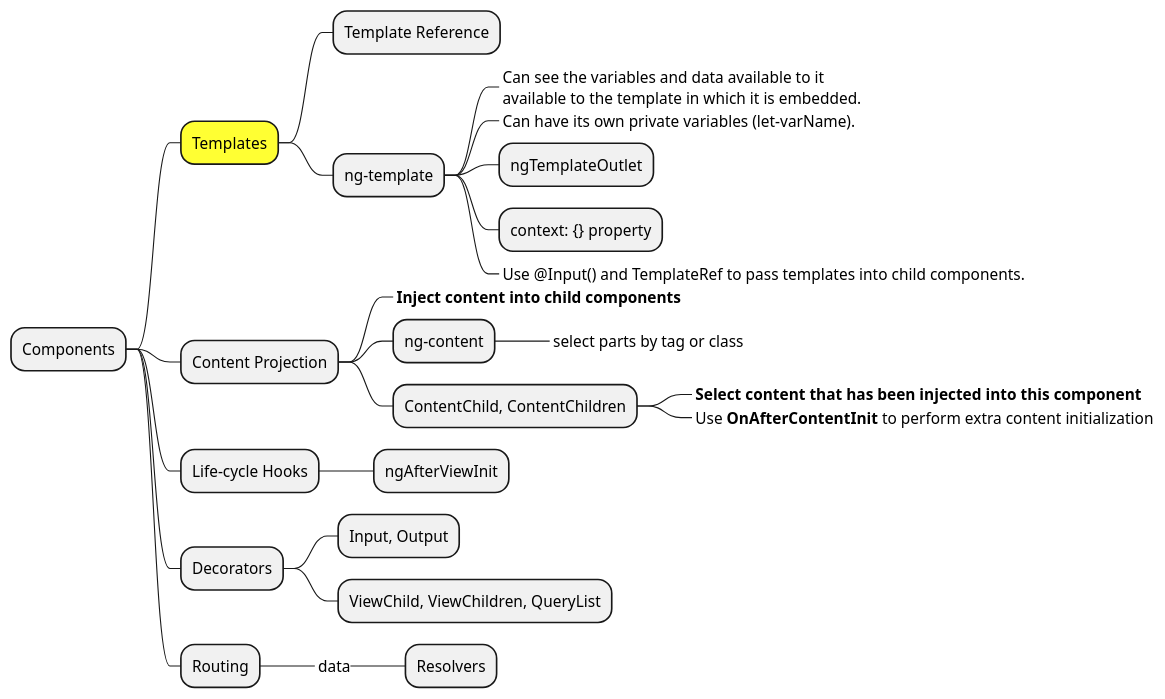
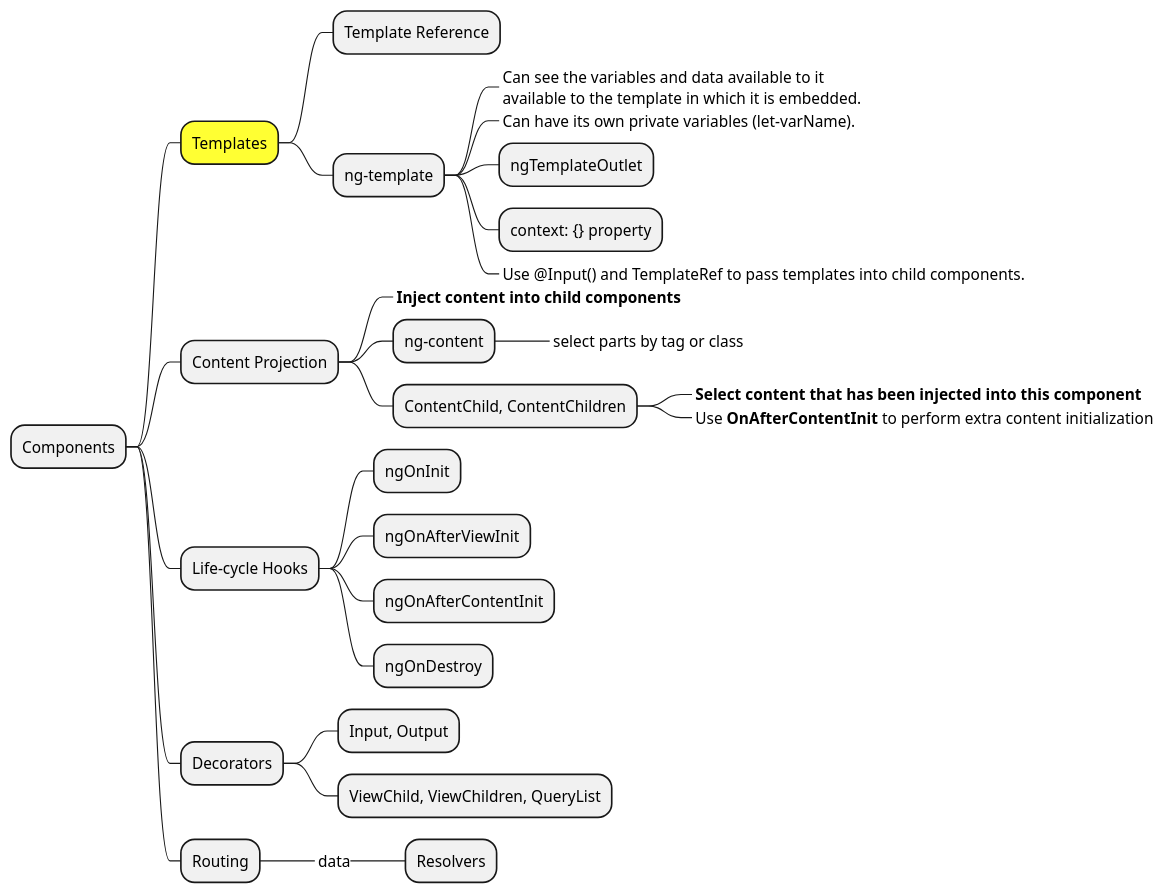
One commit to bobbyache/study-diagrams changed the diagram in frameworks/angular/landscape-components.plantuml. Above: the diagram before and after it, drawn with PlantUML. The commit also changed 3 other files, not shown here.

```diff
--- a/frameworks/angular/landscape-components.plantuml
+++ b/frameworks/angular/landscape-components.plantuml
@@ -1,28 +1,31 @@
 @startmindmap "Angular Concepts"
 
 + Components
 ++[#ff3] Templates
 +++ Template Reference
 +++ ng-template
 ++++_ Can see the variables and data available to it\navailable to the template in which it is embedded.
 ++++_ Can have its own private variables (let-varName).
 ++++ ngTemplateOutlet
 ++++ context: {} property
 ++++_ Use @Input() and TemplateRef to pass templates into child components.
 ++ Content Projection
 +++_ **Inject content into child components**
 +++ ng-content
 ++++_ select parts by tag or class
 +++ ContentChild, ContentChildren
 ++++_ **Select content that has been injected into this component**
 ++++_ Use **OnAfterContentInit** to perform extra content initialization
 ++ Life-cycle Hooks
-+++ ngAfterViewInit
++++ ngOnInit
++++ ngOnAfterViewInit
++++ ngOnAfterContentInit
++++ ngOnDestroy
 ++ Decorators
 +++ Input, Output
 +++ ViewChild, ViewChildren, QueryList
 ++ Routing
 +++_ data
 ++++ Resolvers
 
 @endmindmap
```
